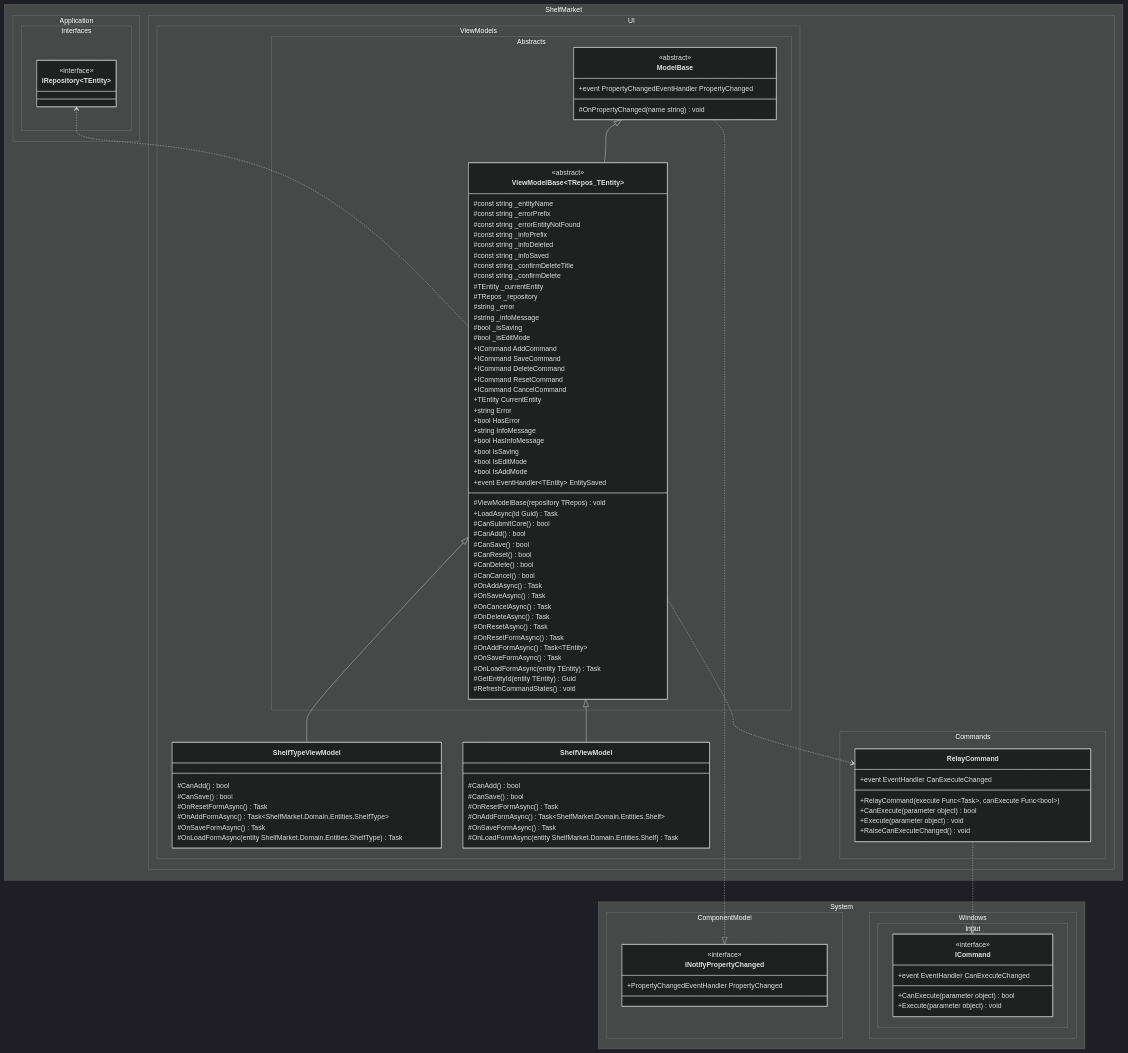
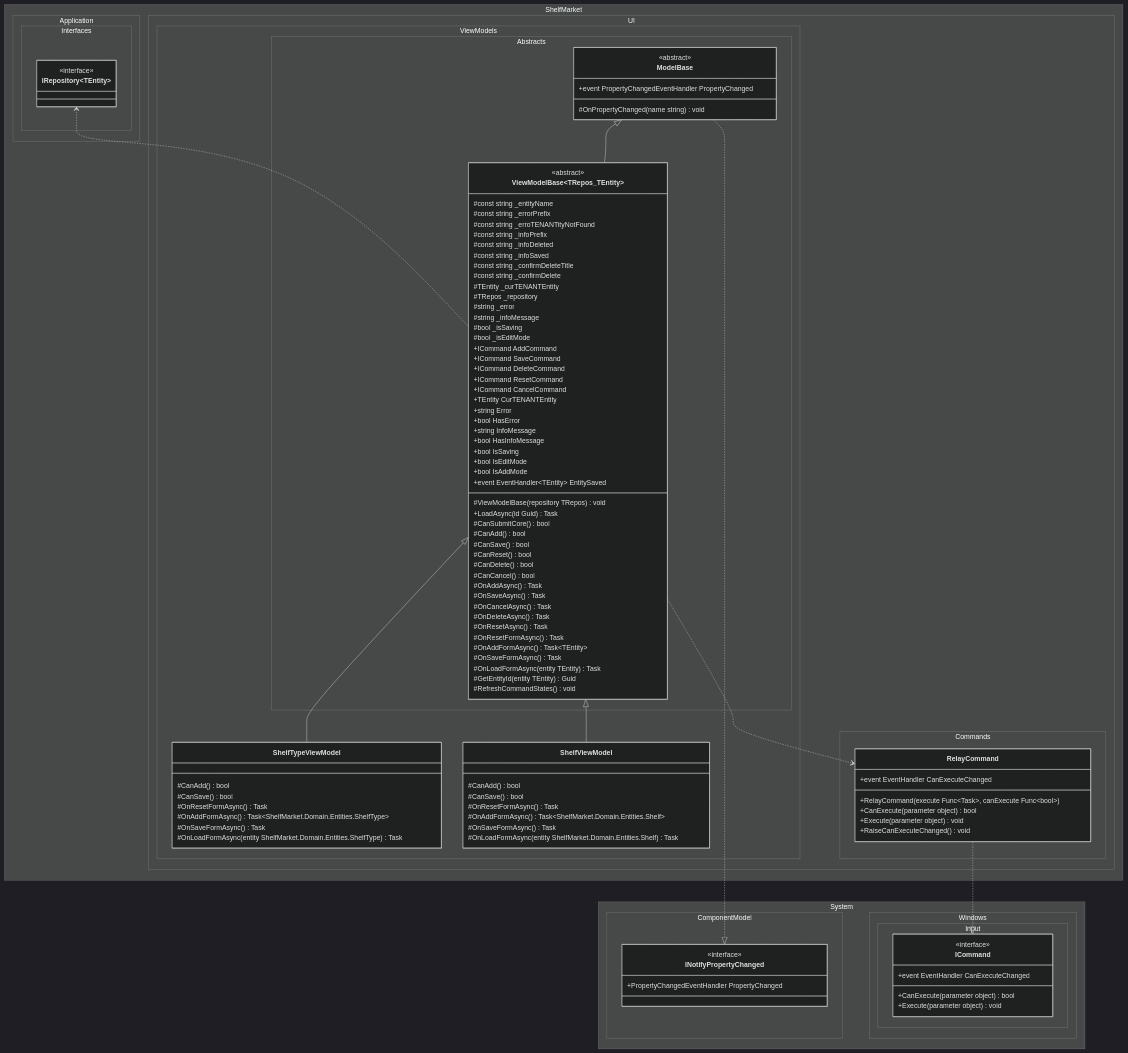
One commit to DMOoF25-TEAM11/ShelfMarket changed the diagram in docs/DCD -mvvm.mmd. Above: the diagram before and after it, drawn with Mermaid (dark theme). The commit also changed 11 other files, not shown here.

```diff
--- a/docs/DCD -mvvm.mmd
+++ b/docs/DCD -mvvm.mmd
@@ -1,131 +1,131 @@
 classDiagram
 
 namespace System.ComponentModel {
     class INotifyPropertyChanged {
         <<interface>>
         +PropertyChangedEventHandler PropertyChanged
     }
 }
 
 namespace System.Windows.Input {
     class ICommand {
         <<interface>>
         +CanExecute(parameter object) bool
         +Execute(parameter object) void
         +event EventHandler CanExecuteChanged
     }
 }
 
 namespace ShelfMarket.Application.Interfaces {
     class IRepository~TEntity~ {
         <<interface>>
     }
 }
 
 namespace ShelfMarket.UI.ViewModels.Abstracts {
     class ModelBase {
         <<abstract>>
         +event PropertyChangedEventHandler PropertyChanged
         #OnPropertyChanged(name string) void
     }
 
     class ViewModelBase~TRepos_TEntity~ {
         <<abstract>>
         %% Constants (protected)
         #const string _entityName
         #const string _errorPrefix
-        #const string _errorEntityNotFound
+        #const string _erroTENANTityNotFound
         #const string _infoPrefix
         #const string _infoDeleted
         #const string _infoSaved
         #const string _confirmDeleteTitle
         #const string _confirmDelete
 
         %% Fields (protected)
-        #TEntity _currentEntity
+        #TEntity _curTENANTEntity
         #TRepos _repository
         #string _error
         #string _infoMessage
         #bool _isSaving
         #bool _isEditMode
 
         %% Ctor (protected)
         #ViewModelBase(repository TRepos) void
 
         %% Public API
         +ICommand AddCommand
         +ICommand SaveCommand
         +ICommand DeleteCommand
         +ICommand ResetCommand
         +ICommand CancelCommand
-        +TEntity CurrentEntity
+        +TEntity CurTENANTEntity
         +string Error
         +bool HasError
         +string InfoMessage
         +bool HasInfoMessage
         +bool IsSaving
         +bool IsEditMode
         +bool IsAddMode
         +event EventHandler~TEntity~ EntitySaved
         +LoadAsync(id Guid) Task
 
         %% Protected virtual/abstract
         #CanSubmitCore() bool
         #CanAdd() bool
         #CanSave() bool
         #CanReset() bool
         #CanDelete() bool
         #CanCancel() bool
         #OnAddAsync() Task
         #OnSaveAsync() Task
         #OnCancelAsync() Task
         #OnDeleteAsync() Task
         #OnResetAsync() Task
         #OnResetFormAsync() Task
         #OnAddFormAsync() Task~TEntity~
         #OnSaveFormAsync() Task
         #OnLoadFormAsync(entity TEntity) Task
         #GetEntityId(entity TEntity) Guid
         #RefreshCommandStates() void
     }
 }
 
 namespace ShelfMarket.UI.Commands {
     class RelayCommand {
         +RelayCommand(execute Func~Task~, canExecute Func~bool~)
         +CanExecute(parameter object) bool
         +Execute(parameter object) void
         +event EventHandler CanExecuteChanged
         +RaiseCanExecuteChanged() void
     }
 }
 
 namespace ShelfMarket.UI.ViewModels {
     class ShelfTypeViewModel {
         %% Protected overrides
         #CanAdd() bool
         #CanSave() bool
         #OnResetFormAsync() Task
         #OnAddFormAsync() Task~ShelfMarket.Domain.Entities.ShelfType~
         #OnSaveFormAsync() Task
         #OnLoadFormAsync(entity ShelfMarket.Domain.Entities.ShelfType) Task
     }
 
     class ShelfViewModel {
         %% Protected overrides
         #CanAdd() bool
         #CanSave() bool
         #OnResetFormAsync() Task
         #OnAddFormAsync() Task~ShelfMarket.Domain.Entities.Shelf~
         #OnSaveFormAsync() Task
         #OnLoadFormAsync(entity ShelfMarket.Domain.Entities.Shelf) Task
     }
 }
 
 ModelBase ..|> INotifyPropertyChanged
 ModelBase <|-- ViewModelBase
 RelayCommand ..|> ICommand
 IRepository <.. ViewModelBase
 ViewModelBase <|-- ShelfTypeViewModel
 ViewModelBase <|-- ShelfViewModel
 ViewModelBase ..> RelayCommand
```
